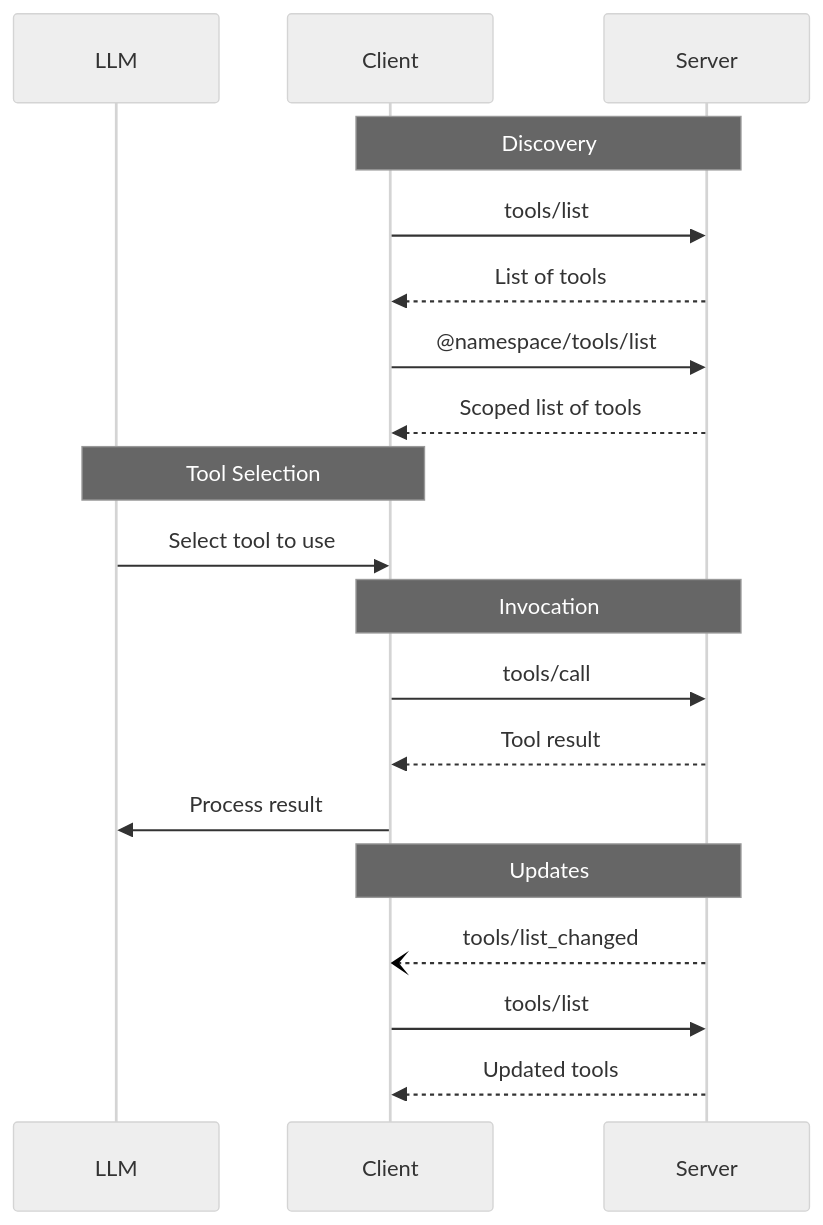
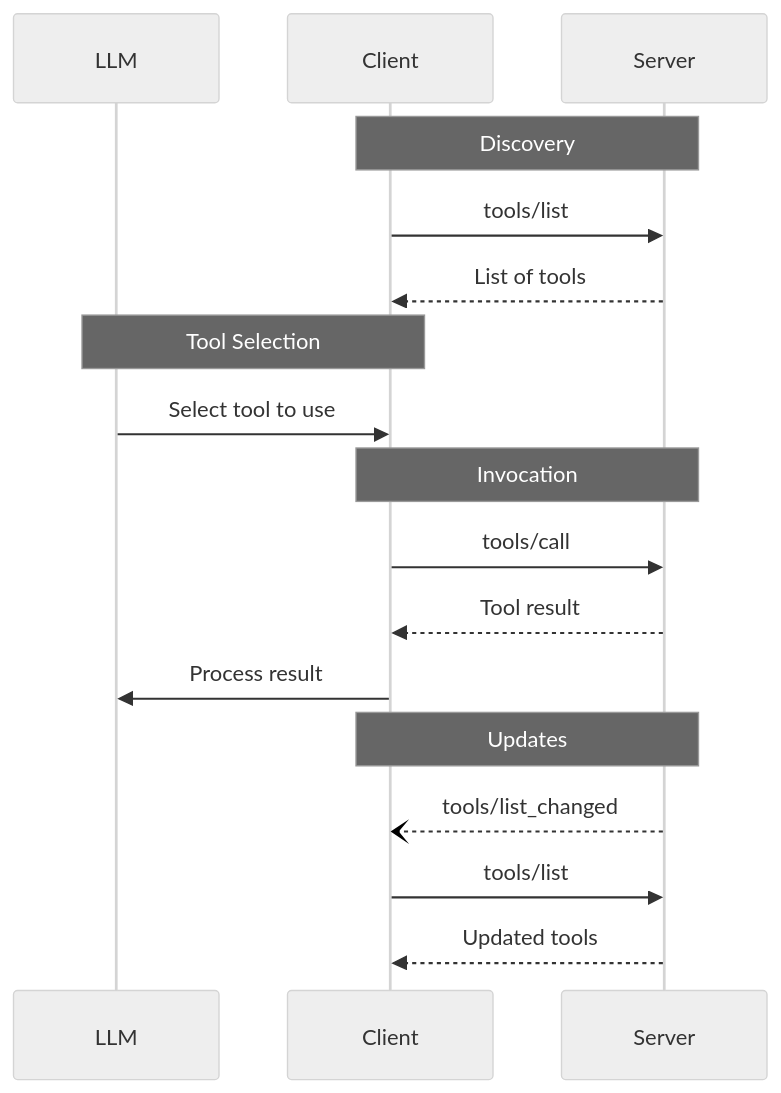
The diagram in docs/specification/2025-03-26/server/tools.mdx (modelcontextprotocol/specification), drawn with Mermaid (neutral theme) before and after one commit. The commit also changed 5 other files, not shown here.

````diff
--- a/docs/specification/2025-03-26/server/tools.mdx
+++ b/docs/specification/2025-03-26/server/tools.mdx
@@ -151,25 +151,23 @@
 ```mermaid
 sequenceDiagram
     participant LLM
     participant Client
     participant Server
 
     Note over Client,Server: Discovery
     Client->>Server: tools/list
     Server-->>Client: List of tools
-    Client->>Server: @namespace/tools/list
-    Server-->>Client: Scoped list of tools
 
     Note over Client,LLM: Tool Selection
     LLM->>Client: Select tool to use
 
     Note over Client,Server: Invocation
     Client->>Server: tools/call
     Server-->>Client: Tool result
     Client->>LLM: Process result
 
     Note over Client,Server: Updates
     Server--)Client: tools/list_changed
     Client->>Server: tools/list
     Server-->>Client: Updated tools
 ```
````
